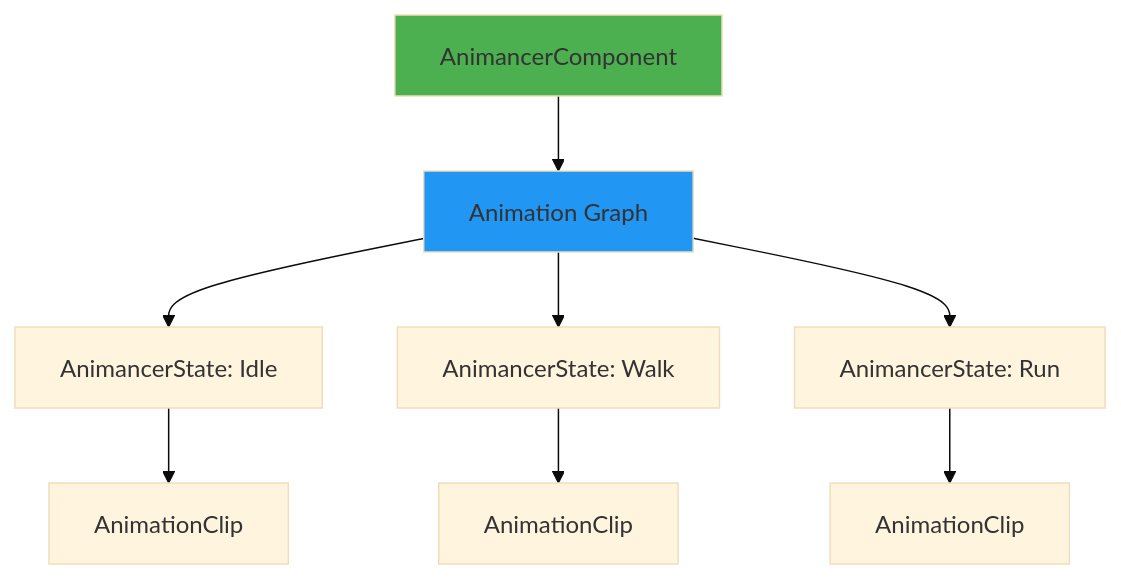
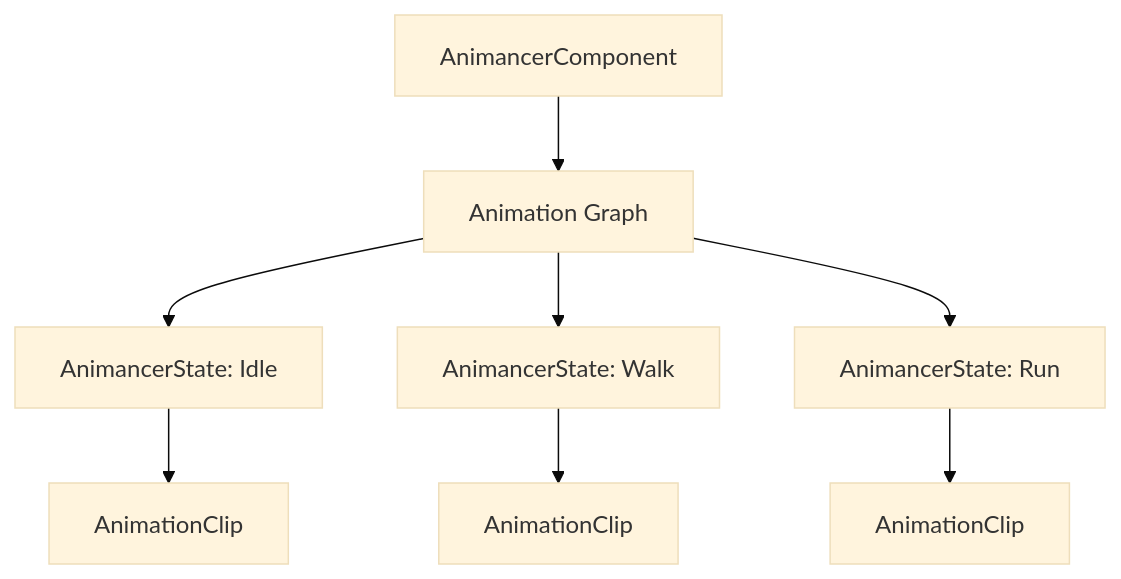
The first of 4 diagrams in docs/animancer/02-core-concepts.md (wallstop/unity-tips), drawn with Mermaid (base theme) before and after one commit. The commit also changed other lines of this file and 27 other files, not shown here.

Commit message:
Convert ASCII diagrams to Mermaid format (#30)

````diff
--- a/docs/animancer/02-core-concepts.md
+++ b/docs/animancer/02-core-concepts.md
@@ -31,13 +31,11 @@
 ```mermaid
 graph TD
     A[AnimancerComponent] --> B[Animation Graph]
     B --> C[AnimancerState: Idle]
     B --> D[AnimancerState: Walk]
     B --> E[AnimancerState: Run]
     C --> F[AnimationClip]
     D --> G[AnimationClip]
     E --> H[AnimationClip]
 
-    style A fill:#4CAF50
-    style B fill:#2196F3
 ```
````
